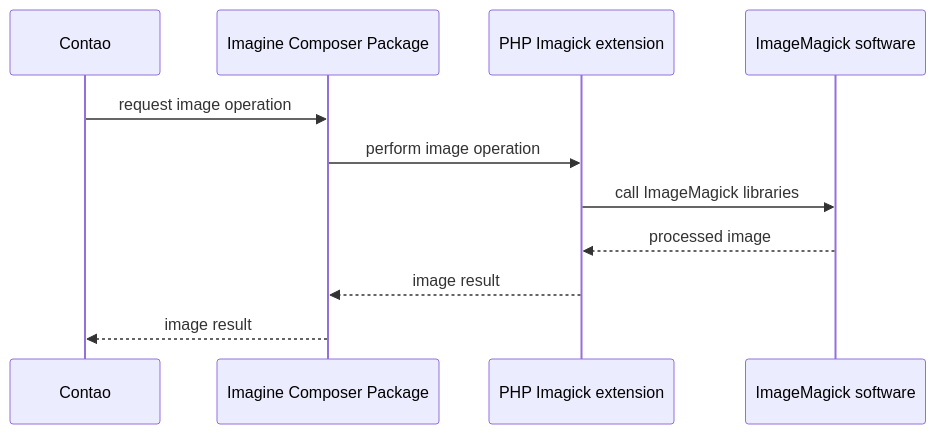
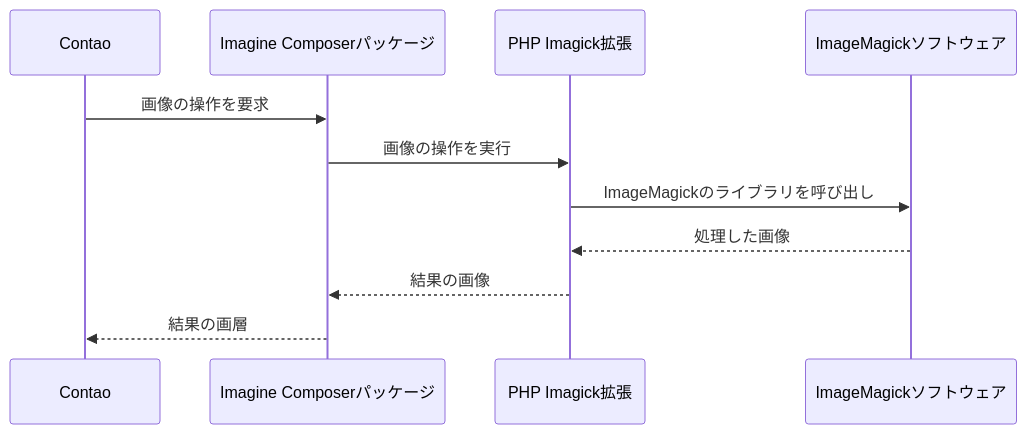
The second of 3 diagrams in docs/manual/installation/system-requirements/_index.ja.md (taca/docs), drawn with Mermaid before and after one commit. The commit also changed other lines of this file and 1 other file, not shown here.

````diff
--- a/docs/manual/installation/system-requirements/_index.ja.md
+++ b/docs/manual/installation/system-requirements/_index.ja.md
@@ -93,14 +92,14 @@
 ```mermaid
 sequenceDiagram
     participant Contao as Contao
-    participant Imagine as Imagine Composer Package
-    participant Imagick as PHP Imagick extension
-    participant IM as ImageMagick software
+    participant Imagine as Imagine Composerパッケージ
+    participant Imagick as PHP Imagick拡張
+    participant IM as ImageMagickソフトウェア
 
-    Contao ->> Imagine: request image operation
-    Imagine ->> Imagick: perform image operation
-    Imagick ->> IM: call ImageMagick libraries
-    IM -->> Imagick: processed image
-    Imagick -->> Imagine: image result
-    Imagine -->> Contao: image result
+    Contao ->> Imagine: 画像の操作を要求
+    Imagine ->> Imagick: 画像の操作を実行
+    Imagick ->> IM: ImageMagickのライブラリを呼び出し
+    IM -->> Imagick: 処理した画像
+    Imagick -->> Imagine: 結果の画像
+    Imagine -->> Contao: 結果の画層
 ```
````
